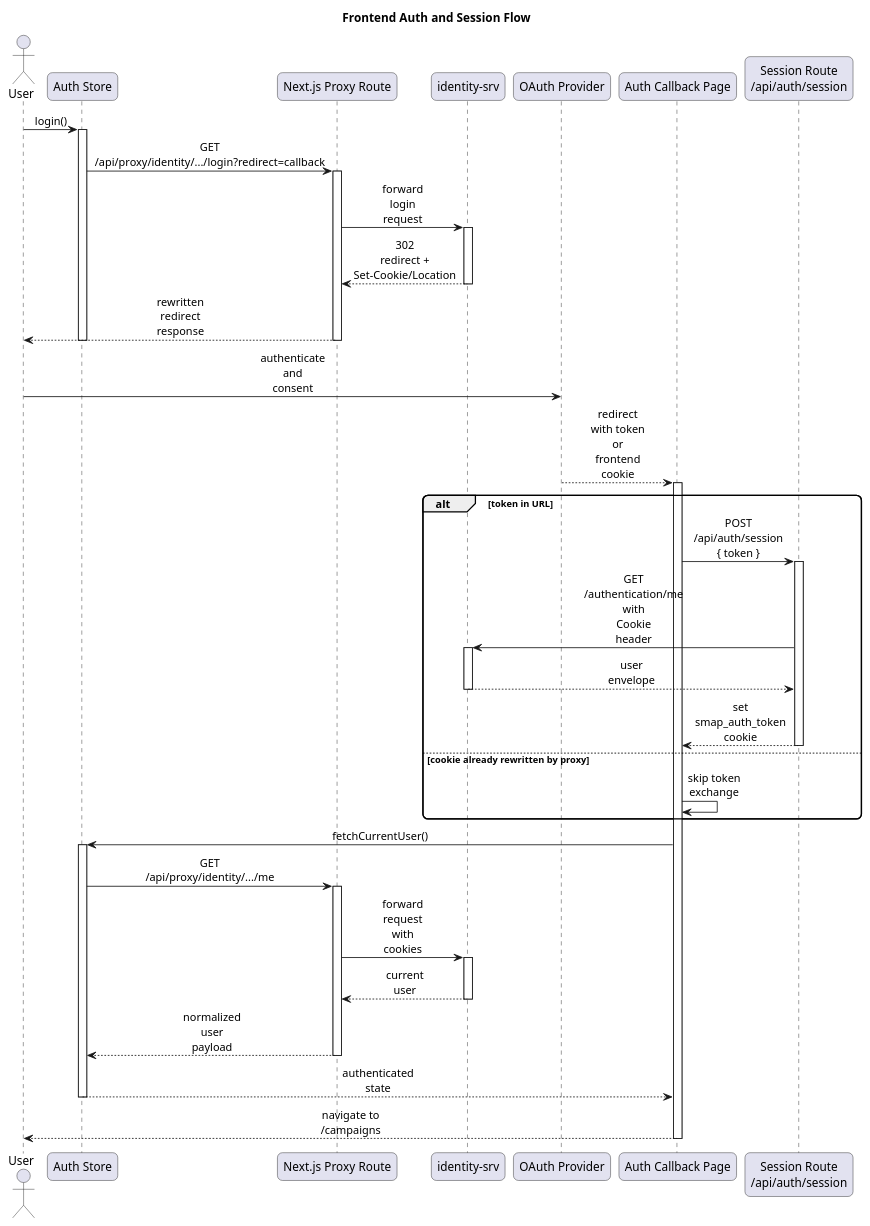
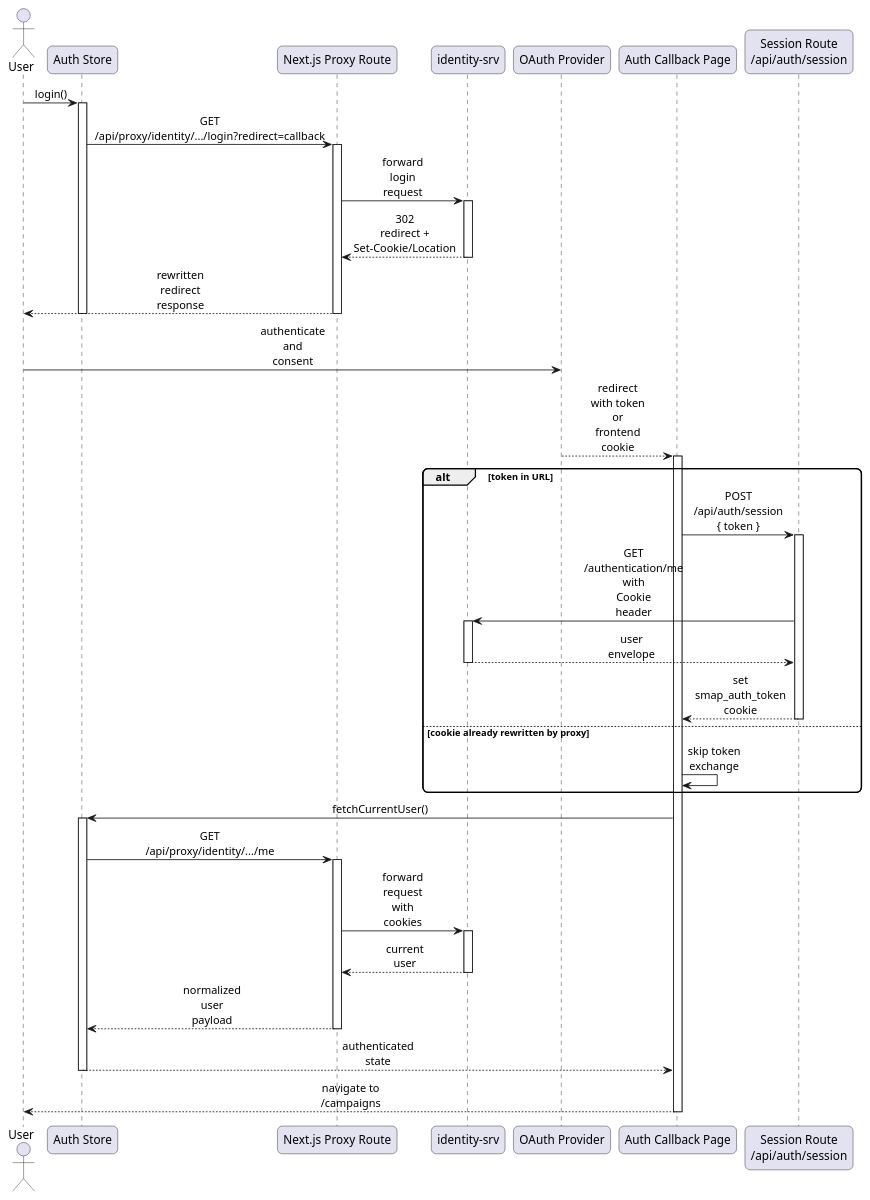
The diagram in final-report/images/chapter_5/seq-frontend-auth-session-flow.puml (smap-hcmut/report), drawn with PlantUML before and after one commit. The commit also changed 67 other files, not shown here.

```diff
--- a/final-report/images/chapter_5/seq-frontend-auth-session-flow.puml
+++ b/final-report/images/chapter_5/seq-frontend-auth-session-flow.puml
@@ -1,61 +1,60 @@
 @startuml
-title Frontend Auth and Session Flow
 skinparam defaultFontName Arial
 skinparam shadowing false
 skinparam sequenceMessageAlign center
 skinparam responseMessageBelowArrow true
 skinparam maxMessageSize 70
 skinparam roundcorner 12
 
 actor User
 participant "Auth Store" as AuthStore
 participant "Next.js Proxy Route" as ProxyRoute
 participant "identity-srv" as IdentityService
 participant "OAuth Provider" as Provider
 participant "Auth Callback Page" as CallbackPage
 participant "Session Route\n/api/auth/session" as SessionRoute
 
 User -> AuthStore : login()
 activate AuthStore
 AuthStore -> ProxyRoute : GET /api/proxy/identity/.../login?redirect=callback
 activate ProxyRoute
 ProxyRoute -> IdentityService : forward login request
 activate IdentityService
 IdentityService --> ProxyRoute : 302 redirect + Set-Cookie/Location
 deactivate IdentityService
 ProxyRoute --> User : rewritten redirect response
 deactivate ProxyRoute
 deactivate AuthStore
 
 User -> Provider : authenticate and consent
 Provider --> CallbackPage : redirect with token or frontend cookie
 activate CallbackPage
 
 alt token in URL
   CallbackPage -> SessionRoute : POST /api/auth/session { token }
   activate SessionRoute
   SessionRoute -> IdentityService : GET /authentication/me with Cookie header
   activate IdentityService
   IdentityService --> SessionRoute : user envelope
   deactivate IdentityService
   SessionRoute --> CallbackPage : set smap_auth_token cookie
   deactivate SessionRoute
 else cookie already rewritten by proxy
   CallbackPage -> CallbackPage : skip token exchange
 end
 
 CallbackPage -> AuthStore : fetchCurrentUser()
 activate AuthStore
 AuthStore -> ProxyRoute : GET /api/proxy/identity/.../me
 activate ProxyRoute
 ProxyRoute -> IdentityService : forward request with cookies
 activate IdentityService
 IdentityService --> ProxyRoute : current user
 deactivate IdentityService
 ProxyRoute --> AuthStore : normalized user payload
 deactivate ProxyRoute
 AuthStore --> CallbackPage : authenticated state
 deactivate AuthStore
 CallbackPage --> User : navigate to /campaigns
 deactivate CallbackPage
 @enduml
```
